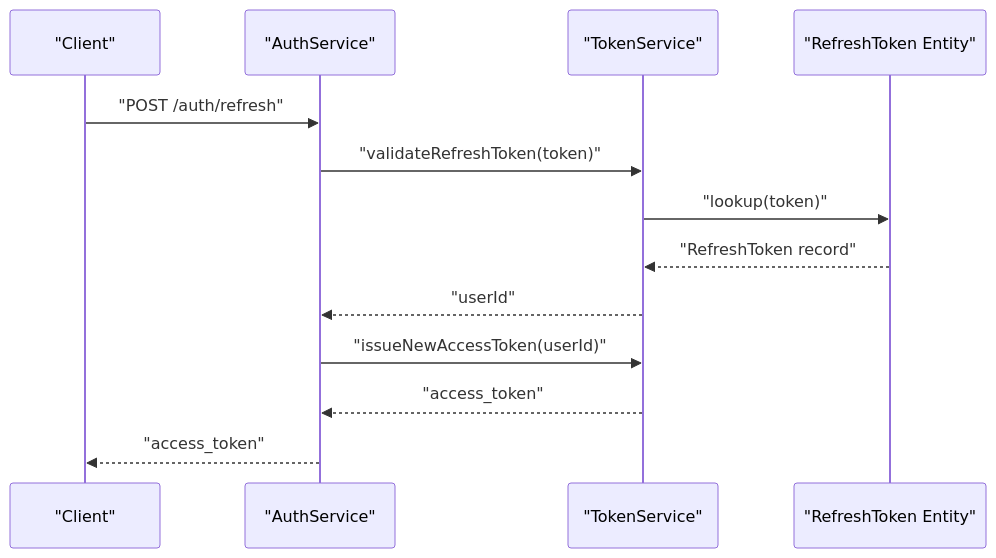
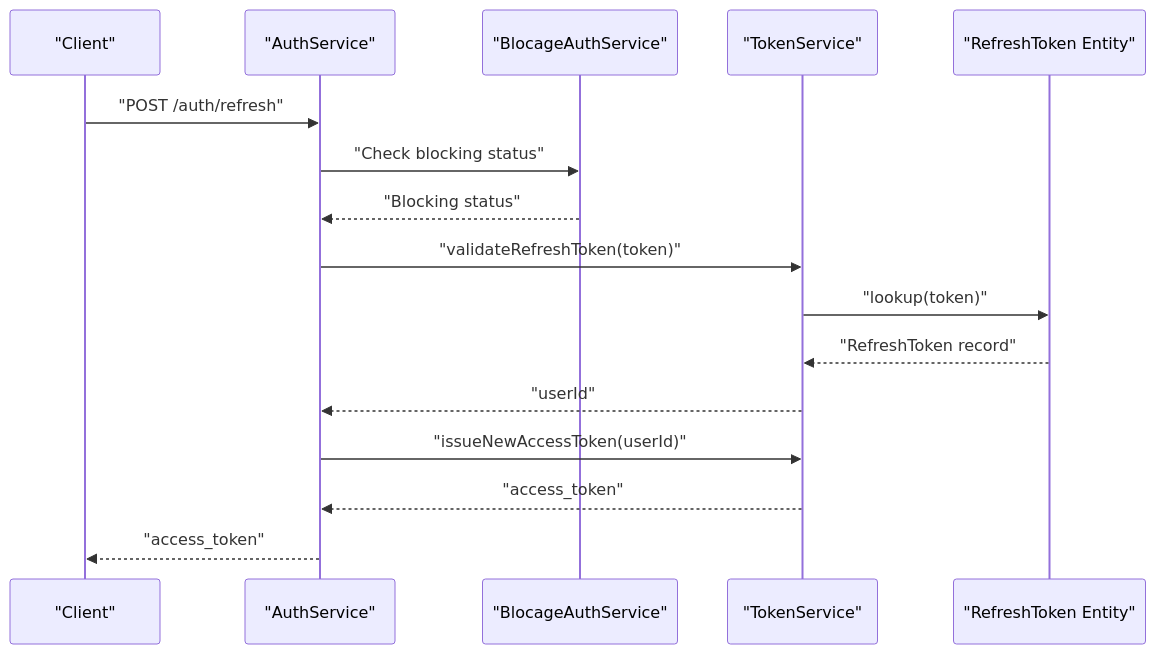
The eighth of 9 diagrams in .qoder/repowiki/en/content/Authentication & Authorization/Security Measures.md (franckylab/eLISAschool), drawn with Mermaid before and after one commit. The commit also changed other lines of this file and 66 other files, not shown here.

First line of the commit message:
feat(auth): intégrer système de blocage à deux niveaux et suivi en temps réel

````diff
--- a/.qoder/repowiki/en/content/Authentication & Authorization/Security Measures.md
+++ b/.qoder/repowiki/en/content/Authentication & Authorization/Security Measures.md
@@ -415,15 +555,18 @@
 ```mermaid
 sequenceDiagram
 participant C as "Client"
 participant S as "AuthService"
+participant B as "BlocageAuthService"
 participant T as "TokenService"
 participant RT as "RefreshToken Entity"
 C->>S : "POST /auth/refresh"
+S->>B : "Check blocking status"
+B-->>S : "Blocking status"
 S->>T : "validateRefreshToken(token)"
 T->>RT : "lookup(token)"
 RT-->>T : "RefreshToken record"
 T-->>S : "userId"
 S->>T : "issueNewAccessToken(userId)"
 T-->>S : "access_token"
 S-->>C : "access_token"
 ```
````
